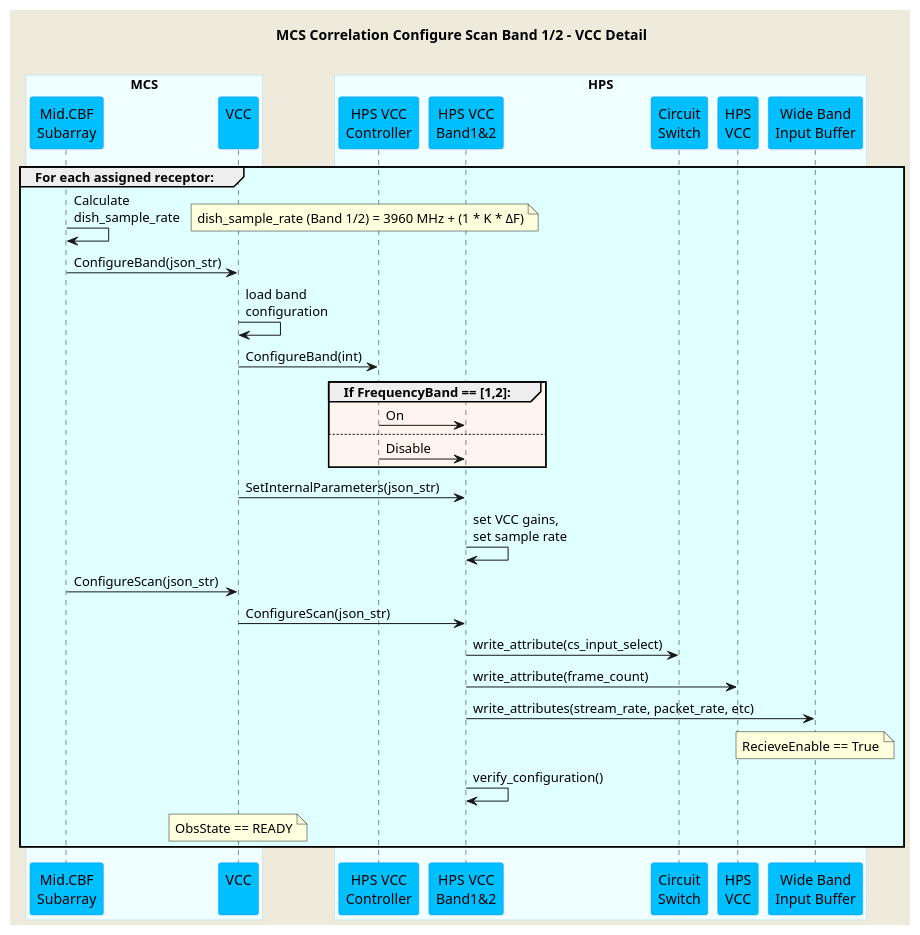
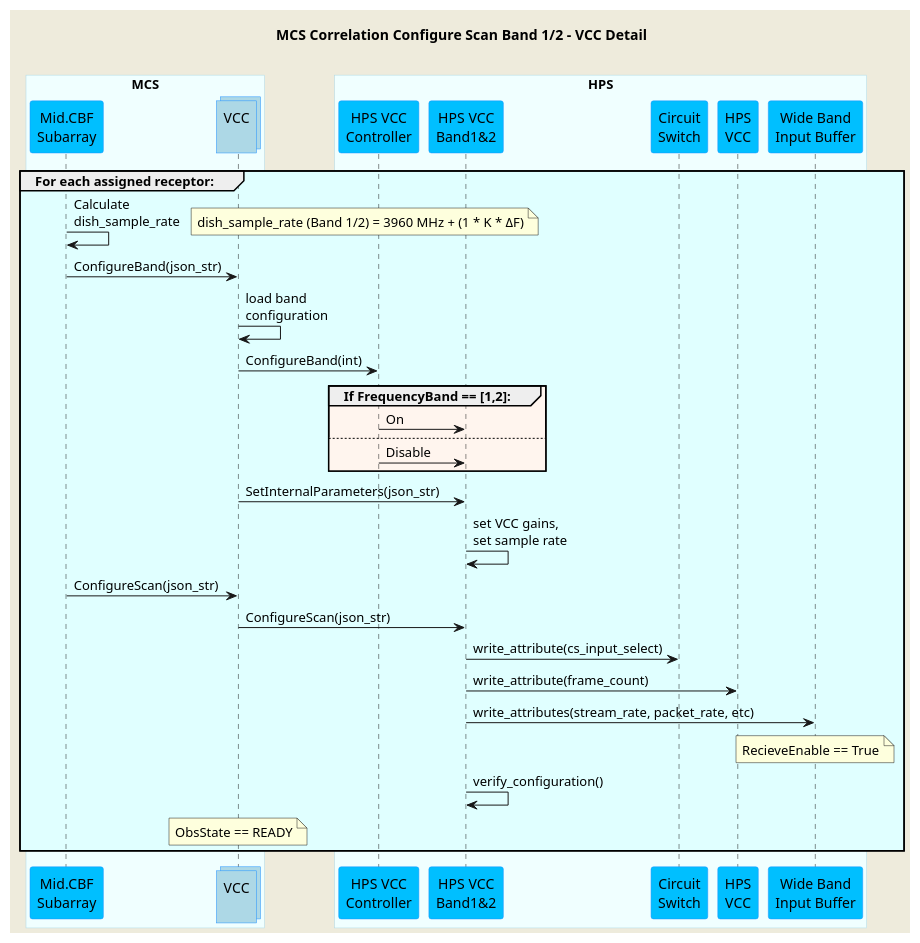
One commit to ska-telescope/mid-cbf-mcs changed the diagram in docs/src/diagrams/configure-scan-vcc.puml. Above: the diagram before and after it, drawn with PlantUML. The commit also changed 3 other files, not shown here.

Commit message:
CIP-2424 Updated FSP configureScan diagram. some other tweaks

```diff
--- a/docs/src/diagrams/configure-scan-vcc.puml
+++ b/docs/src/diagrams/configure-scan-vcc.puml
@@ -1,54 +1,58 @@
 @startuml
 'https://plantuml.com/sequence-diagram
 
 skinparam backgroundColor #EEEBDC
 skinparam sequence {
-ParticipantBorderColor DodgerBlue
-ParticipantBackgroundColor DeepSkyBlue
-ActorBorderColor DarkGreen
-ActorBackgroundColor Green
-BoxBorderColor LightBlue
-BoxBackgroundColor #F0FFFF
+    ParticipantBorderColor DodgerBlue
+    ParticipantBackgroundColor DeepSkyBlue
+    ActorBorderColor DarkGreen
+    ActorBackgroundColor Green
+    BoxBorderColor LightBlue
+    BoxBackgroundColor #F0FFFF
+}
+skinparam collections {
+    BackGroundColor LightBlue
+    BorderColor DodgerBlue
 }
 
 title MCS Correlation Configure Scan Band 1/2 - VCC Detail\n
 
 box "MCS"
 participant "Mid.CBF\nSubarray" as subarray
-participant "VCC\n" as vcc
+collections "VCC\n" as vcc
 end box
 
 box "HPS"
 participant "HPS VCC\nController" as hpsvcc
 participant "HPS VCC\nBand1&2" as vccband1
 participant "Circuit\nSwitch" as cs
 participant "HPS\nVCC" as vccdevice
 participant "Wide Band\nInput Buffer" as wb
 end box
 
 group #LightCyan For each assigned receptor:
     subarray    -> subarray     : Calculate\ndish_sample_rate
     note right                  : dish_sample_rate (Band 1/2) = 3960 MHz + (1 * K * <U+0394>F)
     subarray    -> vcc          : ConfigureBand(json_str)
     vcc         -> vcc          : load band\nconfiguration
     vcc         -> hpsvcc       : ConfigureBand(int)
     group #SeaShell If FrequencyBand == [1,2]:
         hpsvcc  -> vccband1     : On
     else 
         hpsvcc  -> vccband1     : Disable
     end group
     vcc         -> vccband1     : SetInternalParameters(json_str)
     vccband1    -> vccband1     : set VCC gains,\nset sample rate
 
     subarray    -> vcc          : ConfigureScan(json_str)
     vcc         -> vccband1     : ConfigureScan(json_str)
     vccband1    -> cs           : write_attribute(cs_input_select)
     vccband1    -> vccdevice    : write_attribute(frame_count)
     vccband1    -> wb           : write_attributes(stream_rate, packet_rate, etc)
     note over wb                : RecieveEnable == True
     vccband1    -> vccband1     : verify_configuration()
     note over vcc               : ObsState == READY
 end group
 
 
 @enduml
```
